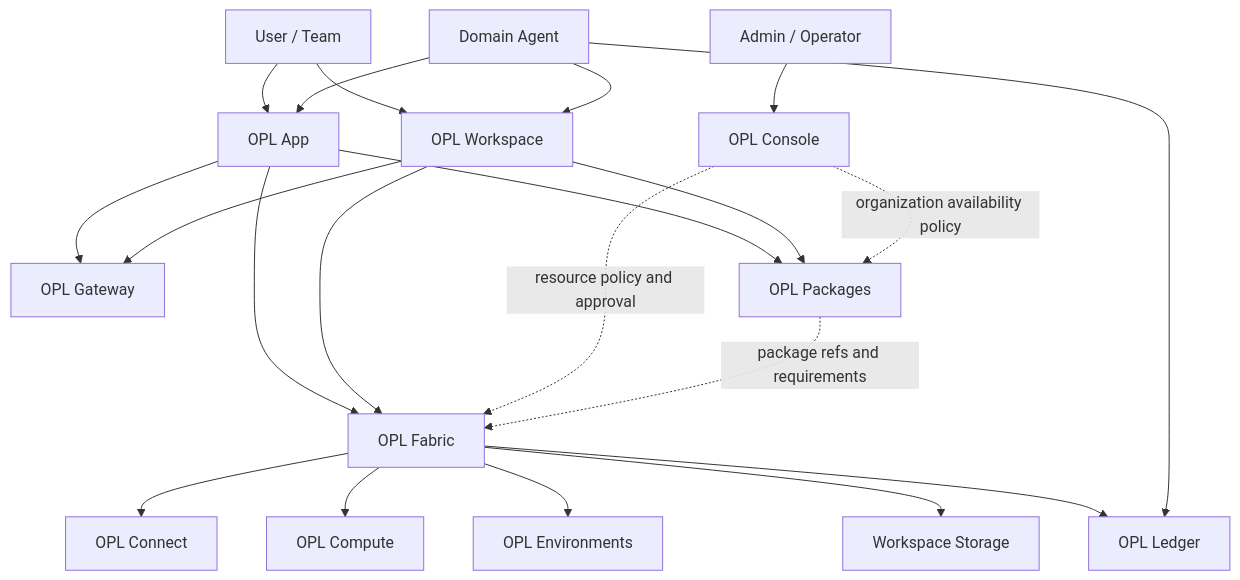
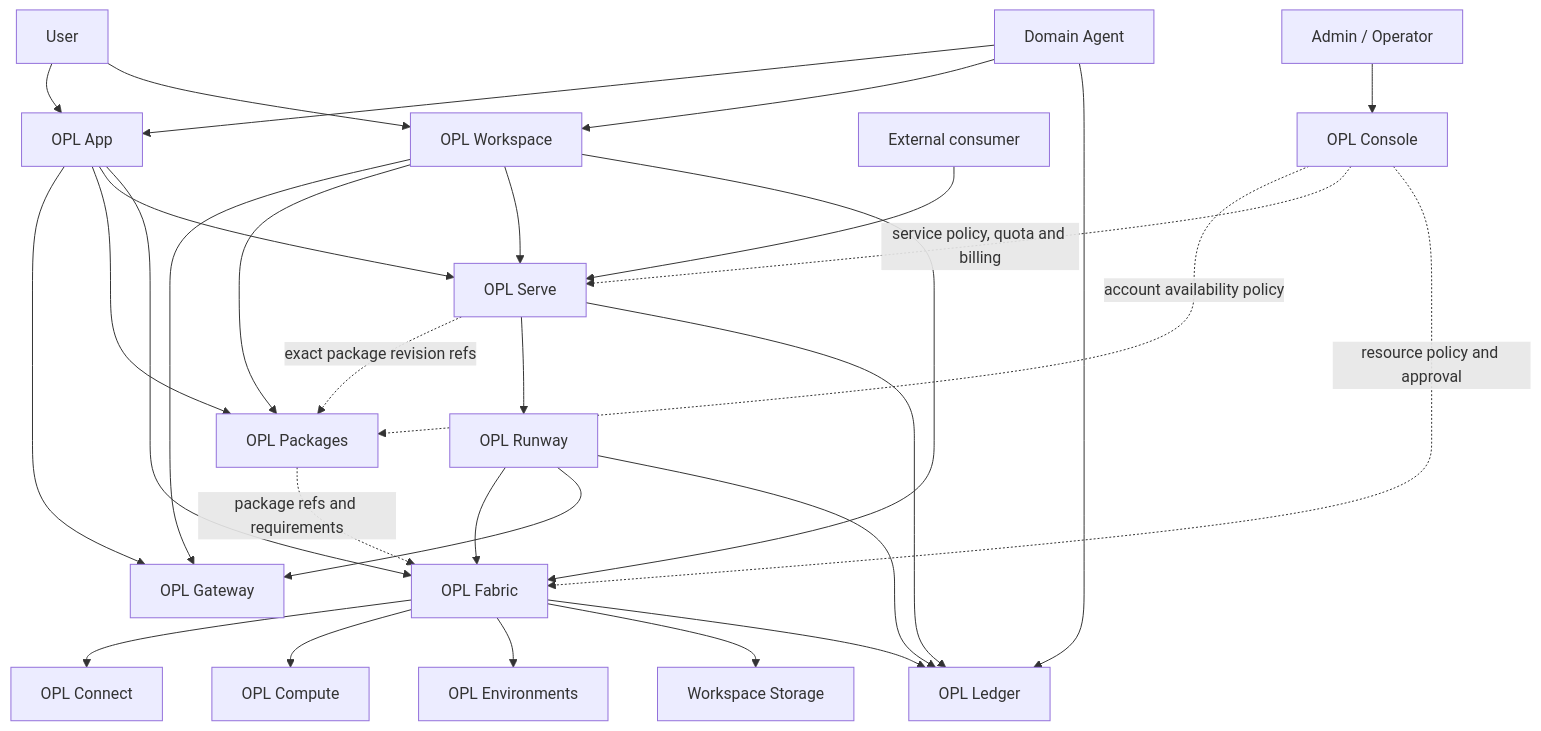
Before and after one commit to gaofeng21cn/one-person-lab-cloud: the diagram in docs/architecture.md, drawn with Mermaid. The commit also changed other lines of this file and 25 other files, not shown here.

Commit message:
Document OPL Serve and single-workspace account model

````diff
--- a/docs/architecture.md
+++ b/docs/architecture.md
@@ -23,26 +25,37 @@
 ```mermaid
 flowchart TB
-  User[User / Team] --> App[OPL App]
+  User[User] --> App[OPL App]
   User --> Workspace[OPL Workspace]
+  Consumer[External consumer] --> Serve[OPL Serve]
   Admin[Admin / Operator] --> Console[OPL Console]
   Domain[Domain Agent] --> App
   Domain --> Workspace
 
   App --> Gateway[OPL Gateway]
   Workspace --> Gateway
   App --> Packages[OPL Packages]
   Workspace --> Packages
-  Console -. organization availability policy .-> Packages
+  Console -. account availability policy .-> Packages
+
+  App --> Serve
+  Workspace --> Serve
+  Console -. service policy, quota and billing .-> Serve
+  Serve -. exact package revision refs .-> Packages
+  Serve --> Runway[OPL Runway]
 
   App --> Fabric[OPL Fabric]
   Workspace --> Fabric
   Console -. resource policy and approval .-> Fabric
   Packages -. package refs and requirements .-> Fabric
+  Runway --> Fabric
+  Runway --> Gateway
 
   Fabric --> Connect[OPL Connect]
   Fabric --> Compute[OPL Compute]
   Fabric --> Environments[OPL Environments]
   Fabric --> Storage[Workspace Storage]
   Fabric --> Ledger[OPL Ledger]
+  Runway --> Ledger
+  Serve --> Ledger
   Domain --> Ledger
 ```
````
